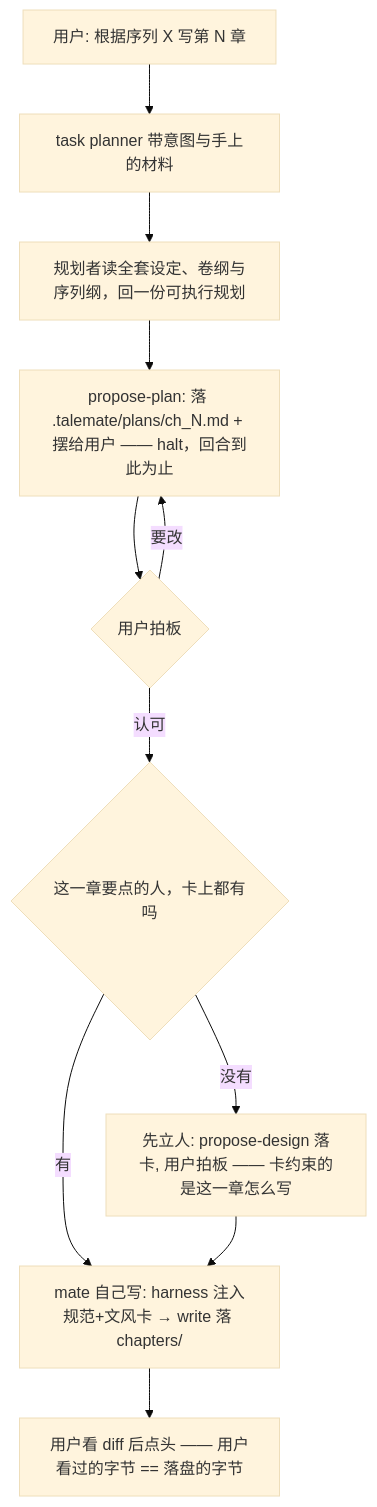
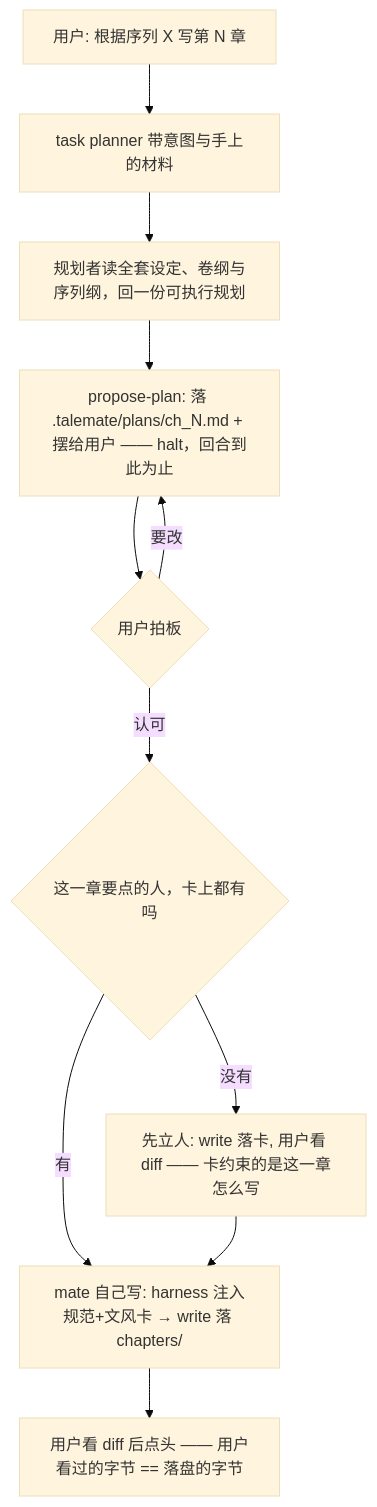
One commit to Sunshine334419520/talemate changed the diagram in docs/design-docs.md. Above: the diagram before and after it, drawn with Mermaid (base theme). The commit also changed other lines of this file and 96 other files, not shown here.

Commit message:
refactor(tools): drop two-phase design tools; write diff is the review

````diff
--- a/docs/design-docs.md
+++ b/docs/design-docs.md
@@ -95,13 +73,13 @@
 ```mermaid
 flowchart TD
     W[用户: 根据序列 X 写第 N 章] --> W1[task planner 带意图与手上的材料]
     W1 --> W2[规划者读全套设定、卷纲与序列纲，回一份可执行规划]
     W2 --> W3[propose-plan: 落 .talemate/plans/ch_N.md + 摆给用户 —— halt，回合到此为止]
     W3 --> W4{用户拍板}
     W4 -- 要改 --> W3
     W4 -- 认可 --> W4B{这一章要点的人，卡上都有吗}
     W4B -- 有 --> W5[mate 自己写: harness 注入规范+文风卡 → write 落 chapters/]
-    W4B -- 没有 --> W4C[先立人: propose-design 落卡, 用户拍板 —— 卡约束的是这一章怎么写]
+    W4B -- 没有 --> W4C[先立人: write 落卡, 用户看 diff —— 卡约束的是这一章怎么写]
     W4C --> W5
     W5 --> W6[用户看 diff 后点头 —— 用户看过的字节 == 落盘的字节]
 ```
````
